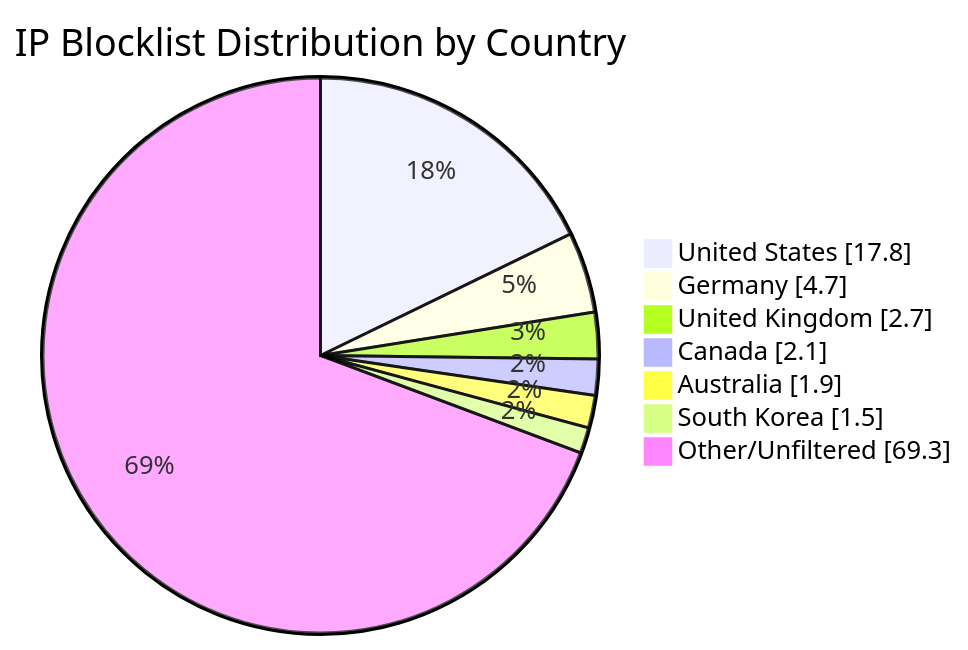
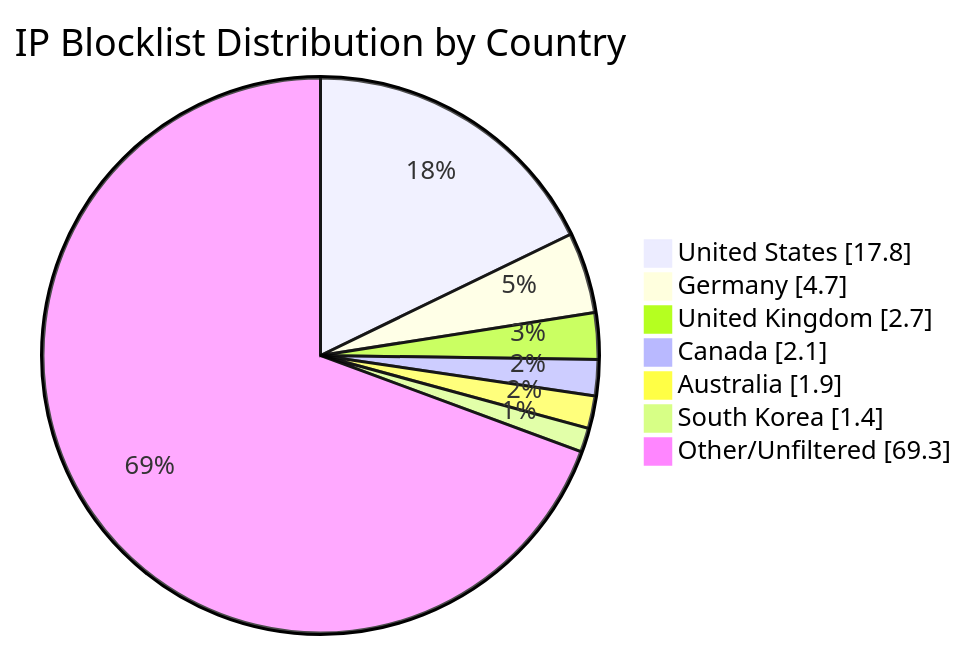
The diagram in README.md (MarcusHoltz/ipblocklist-geofiltered-aggregator), drawn with Mermaid before and after one commit. The commit also changed other lines of this file and 9 other files, not shown here.

````diff
--- a/README.md
+++ b/README.md
@@ -34,10 +34,10 @@
 ```mermaid
 pie showData title IP Blocklist Distribution by Country
 "United States" : 17.8
 "Germany" : 4.7
 "United Kingdom" : 2.7
 "Canada" : 2.1
 "Australia" : 1.9
-"South Korea" : 1.5
+"South Korea" : 1.4
 "Other/Unfiltered" : 69.3
 ```
````
